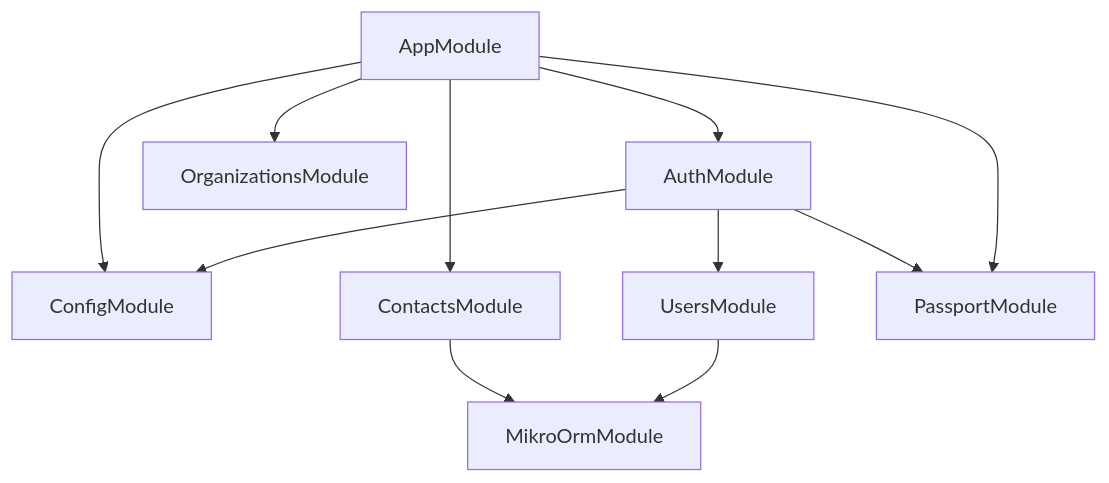
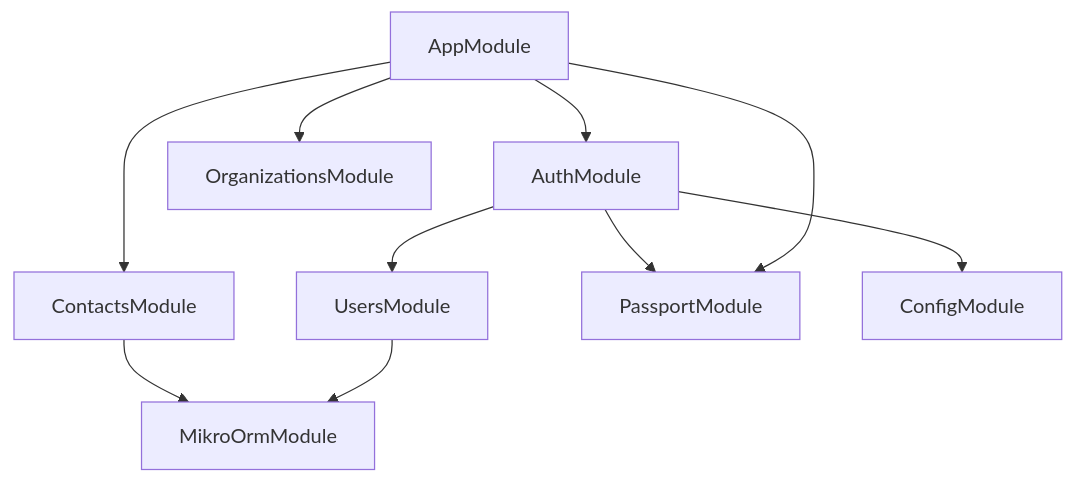
The diagram in docs/DependencyGraph.md (gpo/grassroots), drawn with Mermaid before and after one commit.

Commit message:
Modified files from CI

````diff
--- a/docs/DependencyGraph.md
+++ b/docs/DependencyGraph.md
@@ -1,13 +1,12 @@
 ```mermaid
 graph TD
-  AppModule-->ConfigModule
-AppModule-->ContactsModule
+  AppModule-->ContactsModule
 ContactsModule-->MikroOrmModule
 AppModule-->AuthModule
 AuthModule-->UsersModule
 UsersModule-->MikroOrmModule
 AuthModule-->PassportModule
 AuthModule-->ConfigModule
 AppModule-->PassportModule
 AppModule-->OrganizationsModule
 ```
````
